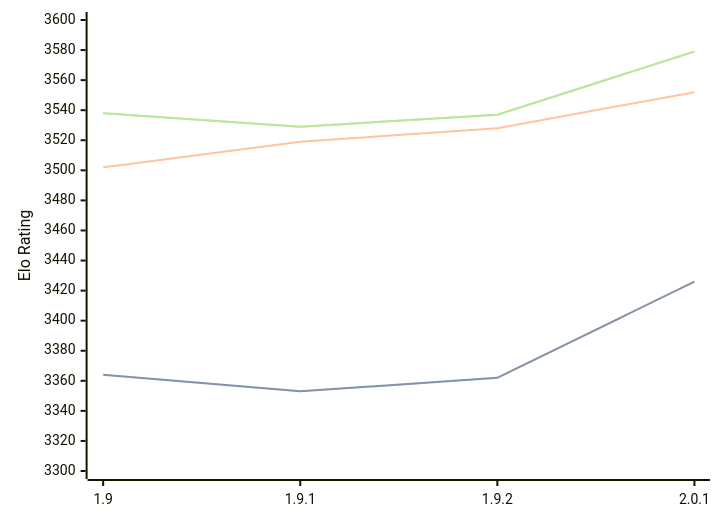
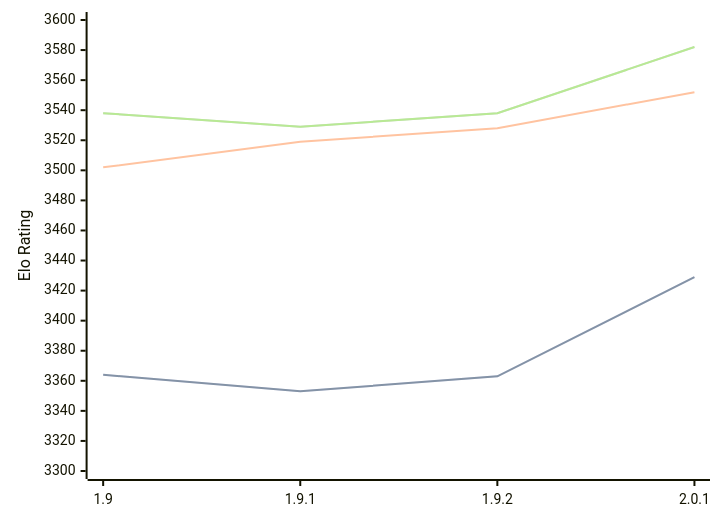
Before and after one commit to computer-chess-index/cci: the third of 3 diagrams in engines/Pawnocchio.md, drawn with Mermaid. The commit also changed other lines of this file, not shown here.

Commit message:
Update CCI Ratings (ELO VLTC) - 2026-07-08

````diff
--- a/engines/Pawnocchio.md
+++ b/engines/Pawnocchio.md
@@ -83,11 +83,11 @@
 ```mermaid
 %%{init: {"theme":"base","themeVariables":{"seriesColors:['#a3a3a3','#222221','#faa371']}}}%%
 xychart-beta
   x-axis ["1.9", "1.9.1", "1.9.2", "2.0.1"]
   y-axis "Elo Rating" 3300 --> 3600
-  line "STC (8.0+0.08s)" [3364, 3353, 3362, 3426]
-  line "STC (8.0+0.08s)" [3364, 3353, 3362, 3426]
+  line "STC (8.0+0.08s)" [3364, 3353, 3363, 3429]
+  line "STC (8.0+0.08s)" [3364, 3353, 3363, 3429]
   line "LTC (60.0+0.60s)" [3502, 3519, 3528, 3552]
-  line "VLTC (2m24s+1.12s)" [3538, 3529, 3537, 3579]
-  line "VLTC (2m24s+1.12s)" [3538, 3529, 3537, 3579]
+  line "VLTC (2m24s+1.12s)" [3538, 3529, 3538, 3582]
+  line "VLTC (2m24s+1.12s)" [3538, 3529, 3538, 3582]
 ```
````
